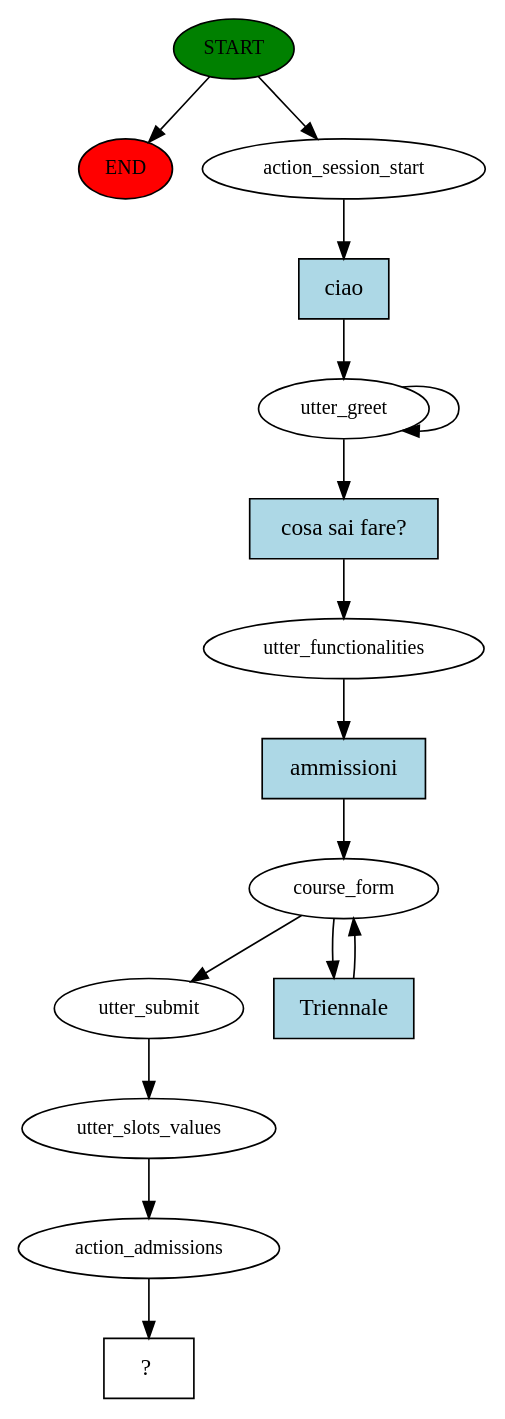
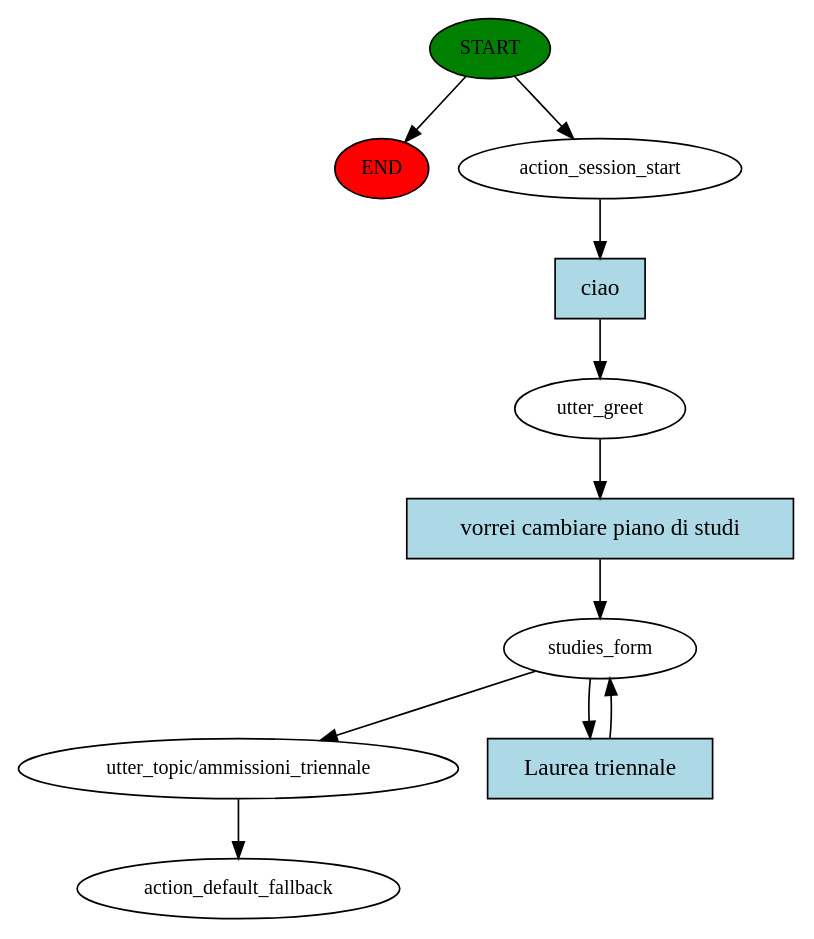
One commit to dadebulba/rasa-bot changed the diagram in story_graph.dot. Above: the diagram before and after it, drawn with Graphviz. The commit also changed 6 other files, not shown here.

```diff
--- a/story_graph.dot
+++ b/story_graph.dot
@@ -1,31 +1,22 @@
 digraph  {
 0 [class="start active", fillcolor=green, fontsize=12, label=START, style=filled];
 "-1" [class=end, fillcolor=red, fontsize=12, label=END, style=filled];
 1 [class=active, fontsize=12, label=action_session_start];
 2 [class=active, fontsize=12, label=utter_greet];
-4 [class=active, fontsize=12, label=utter_functionalities];
-5 [class=active, fontsize=12, label=course_form];
-7 [class=active, fontsize=12, label=utter_submit];
-8 [class=active, fontsize=12, label=utter_slots_values];
-9 [class=active, fontsize=12, label=action_admissions];
-10 [class="intent dashed active", label="  ?  ", shape=rect];
-11 [class="intent active", fillcolor=lightblue, label=ciao, shape=rect, style=filled];
-12 [class="intent active", fillcolor=lightblue, label="cosa sai fare?", shape=rect, style=filled];
-13 [class="intent active", fillcolor=lightblue, label=ammissioni, shape=rect, style=filled];
-14 [class="intent active", fillcolor=lightblue, label=Triennale, shape=rect, style=filled];
+3 [class=active, fontsize=12, label=studies_form];
+5 [class=active, fontsize=12, label="utter_topic/ammissioni_triennale"];
+6 [class="dashed active", fontsize=12, label=action_default_fallback];
+7 [class="intent active", fillcolor=lightblue, label=ciao, shape=rect, style=filled];
+8 [class="intent active", fillcolor=lightblue, label="vorrei cambiare piano di studi", shape=rect, style=filled];
+9 [class="intent active", fillcolor=lightblue, label="Laurea triennale", shape=rect, style=filled];
 0 -> "-1"  [class="", key=NONE, label=""];
 0 -> 1  [class=active, key=NONE, label=""];
-1 -> 11  [class=active, key=0];
-2 -> 2  [class=active, key=NONE, label=""];
-2 -> 12  [class=active, key=0];
-4 -> 13  [class=active, key=0];
-5 -> 7  [class=active, key=NONE, label=""];
-5 -> 14  [class=active, key=0];
-7 -> 8  [class=active, key=NONE, label=""];
-8 -> 9  [class=active, key=NONE, label=""];
-9 -> 10  [class=active, key=NONE, label=""];
-11 -> 2  [class=active, key=0];
-12 -> 4  [class=active, key=0];
-13 -> 5  [class=active, key=0];
-14 -> 5  [class=active, key=0];
+1 -> 7  [class=active, key=0];
+2 -> 8  [class=active, key=0];
+3 -> 5  [class=active, key=NONE, label=""];
+3 -> 9  [class=active, key=0];
+5 -> 6  [class=active, key=NONE, label=""];
+7 -> 2  [class=active, key=0];
+8 -> 3  [class=active, key=0];
+9 -> 3  [class=active, key=0];
 }
```
